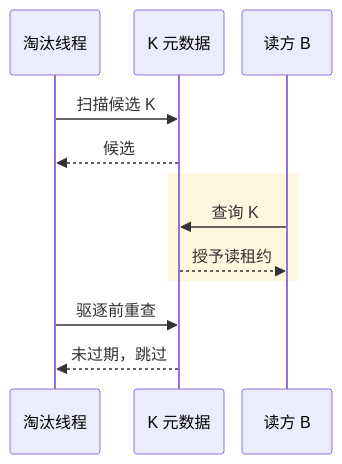
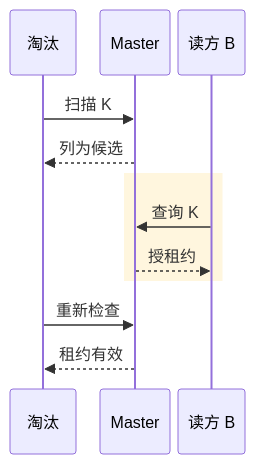
The diagram in mooncake-kv-cache-series/wechat/09-cache-eviction.md (Hansyangxingxiang/Mooncake), drawn with Mermaid before and after one commit. The commit also changed other lines of this file and 12 other files, not shown here.

````diff
--- a/mooncake-kv-cache-series/wechat/09-cache-eviction.md
+++ b/mooncake-kv-cache-series/wechat/09-cache-eviction.md
@@ -22,15 +20,15 @@
 ```mermaid
-%%{init: {"sequence": {"width": 90, "actorMargin": 8, "messageMargin": 22}}}%%
+%%{init: {"sequence": {"width": 66, "actorMargin": 8, "diagramMarginX": 8, "messageMargin": 20}}}%%
 sequenceDiagram
-    participant E as 淘汰线程
-    participant M as K 元数据
+    participant E as 淘汰
+    participant M as Master
     participant B as 读方 B
-    E->>M: 扫描候选 K
-    M-->>E: 候选
+    E->>M: 扫描 K
+    M-->>E: 列为候选
     rect rgb(255, 246, 222)
     B->>M: 查询 K
-    M-->>B: 授予读租约
+    M-->>B: 授租约
     end
-    E->>M: 驱逐前重查
-    M-->>E: 未过期，跳过
+    E->>M: 重新检查
+    M-->>E: 租约有效
 ```
````
